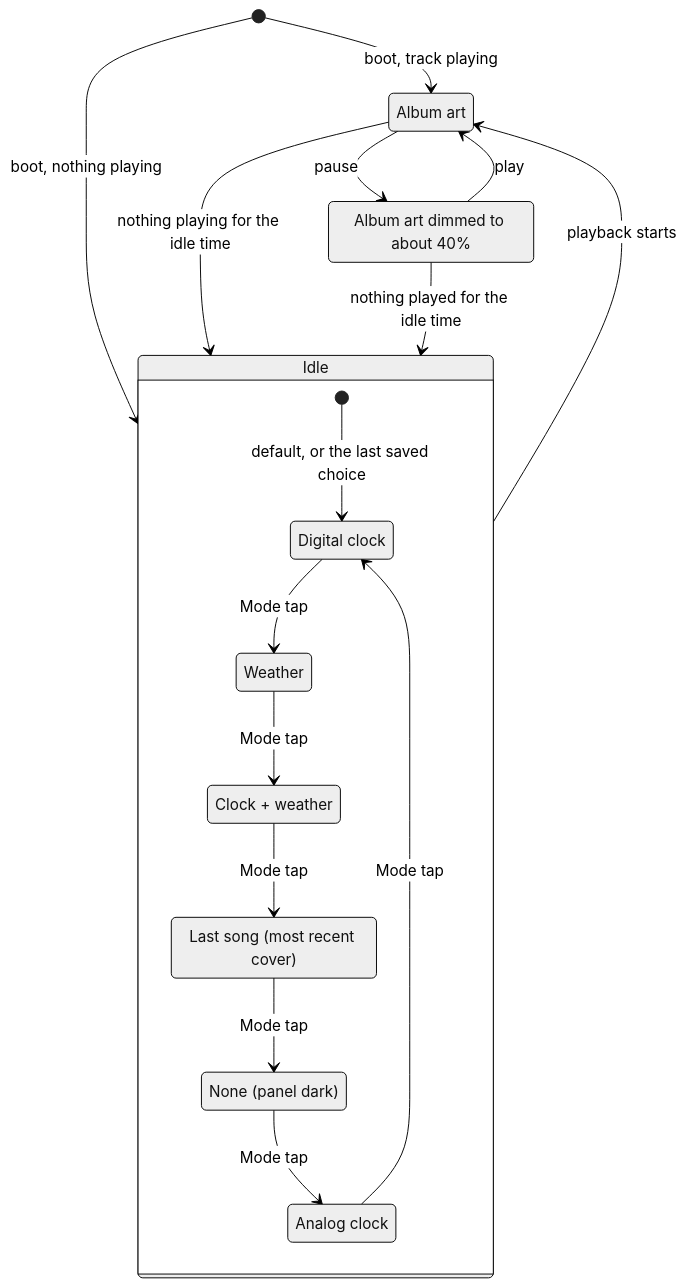
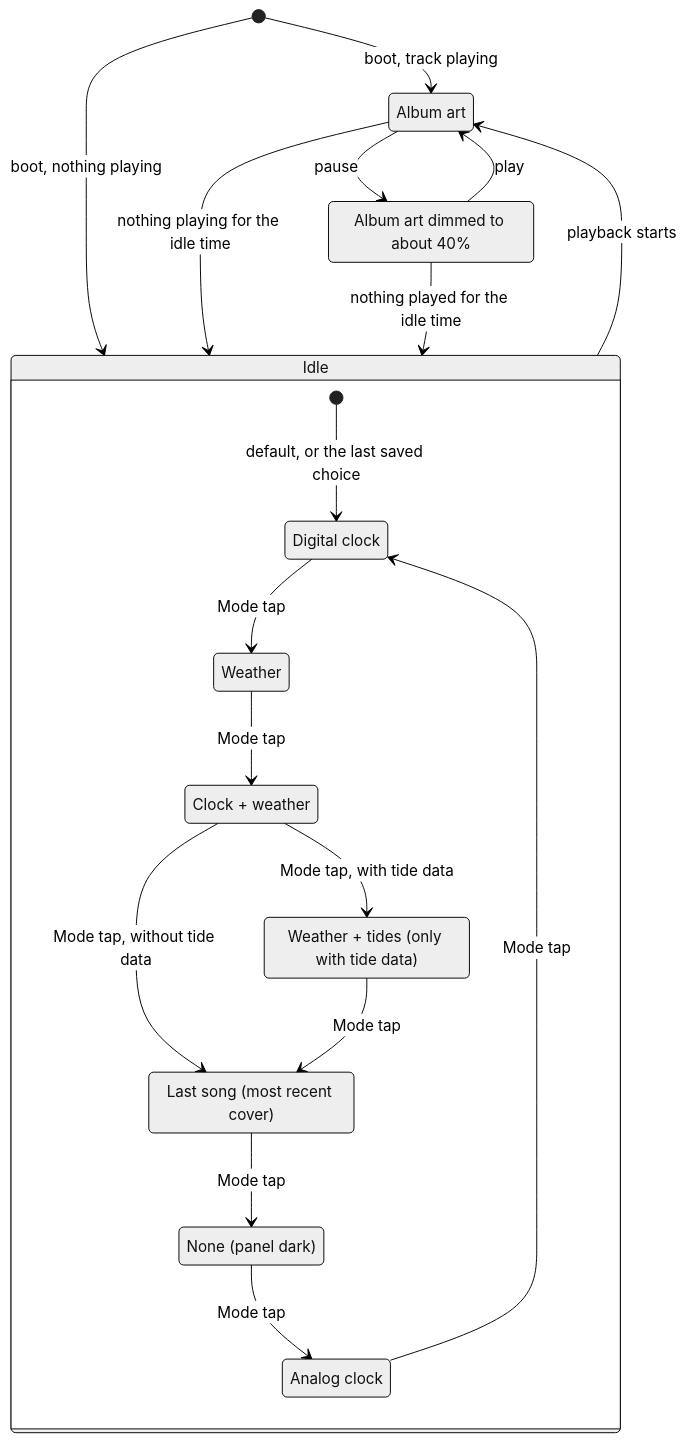
The first of 5 diagrams in docs/requirements.md (mathewpwheatley/on-air), drawn with Mermaid (neutral theme) before and after one commit. The commit also changed other lines of this file and 32 other files, not shown here.

First line of the commit message:
Add a Weather + Tides idle screen and slow down Mode previews

````diff
--- a/docs/requirements.md
+++ b/docs/requirements.md
@@ -57,28 +58,31 @@
 ```mermaid
 stateDiagram-v2
     [*] --> Idle: boot, nothing playing
     [*] --> Playing: boot, track playing
     Playing: Album art
     Paused: Album art dimmed to about 40%
     Playing --> Paused: pause
     Paused --> Playing: play
     Playing --> Idle: nothing playing for the idle time
     Paused --> Idle: nothing played for the idle time
     Idle --> Playing: playback starts
 
     state Idle {
         [*] --> Digital: default, or the last saved choice
         Digital: Digital clock
         Analog: Analog clock
         Weather: Weather
         ClockWeather: Clock + weather
+        WeatherTides: Weather + tides (only with tide data)
         LastSong: Last song (most recent cover)
         Off: None (panel dark)
         Analog --> Digital: Mode tap
         Digital --> Weather: Mode tap
         Weather --> ClockWeather: Mode tap
-        ClockWeather --> LastSong: Mode tap
+        ClockWeather --> WeatherTides: Mode tap, with tide data
+        ClockWeather --> LastSong: Mode tap, without tide data
+        WeatherTides --> LastSong: Mode tap
         LastSong --> Off: Mode tap
         Off --> Analog: Mode tap
     }
 ```
````
